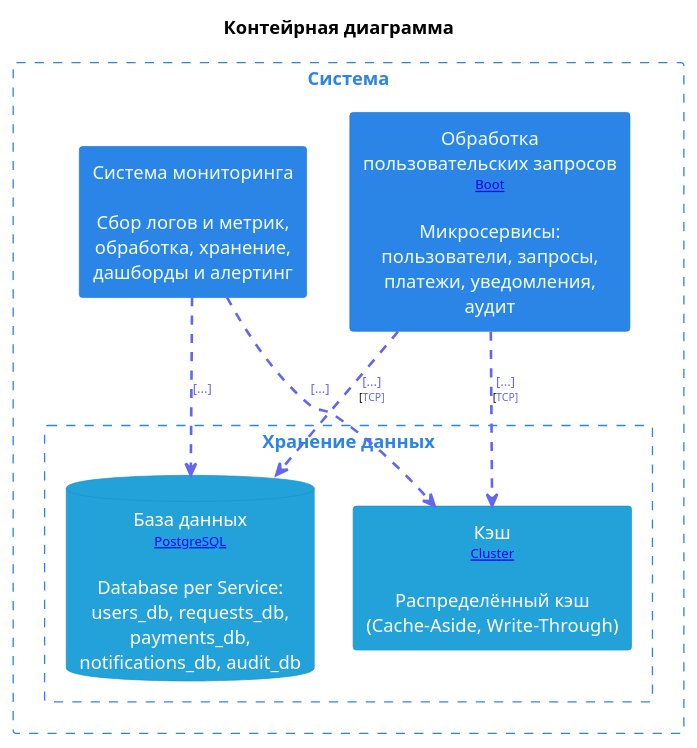
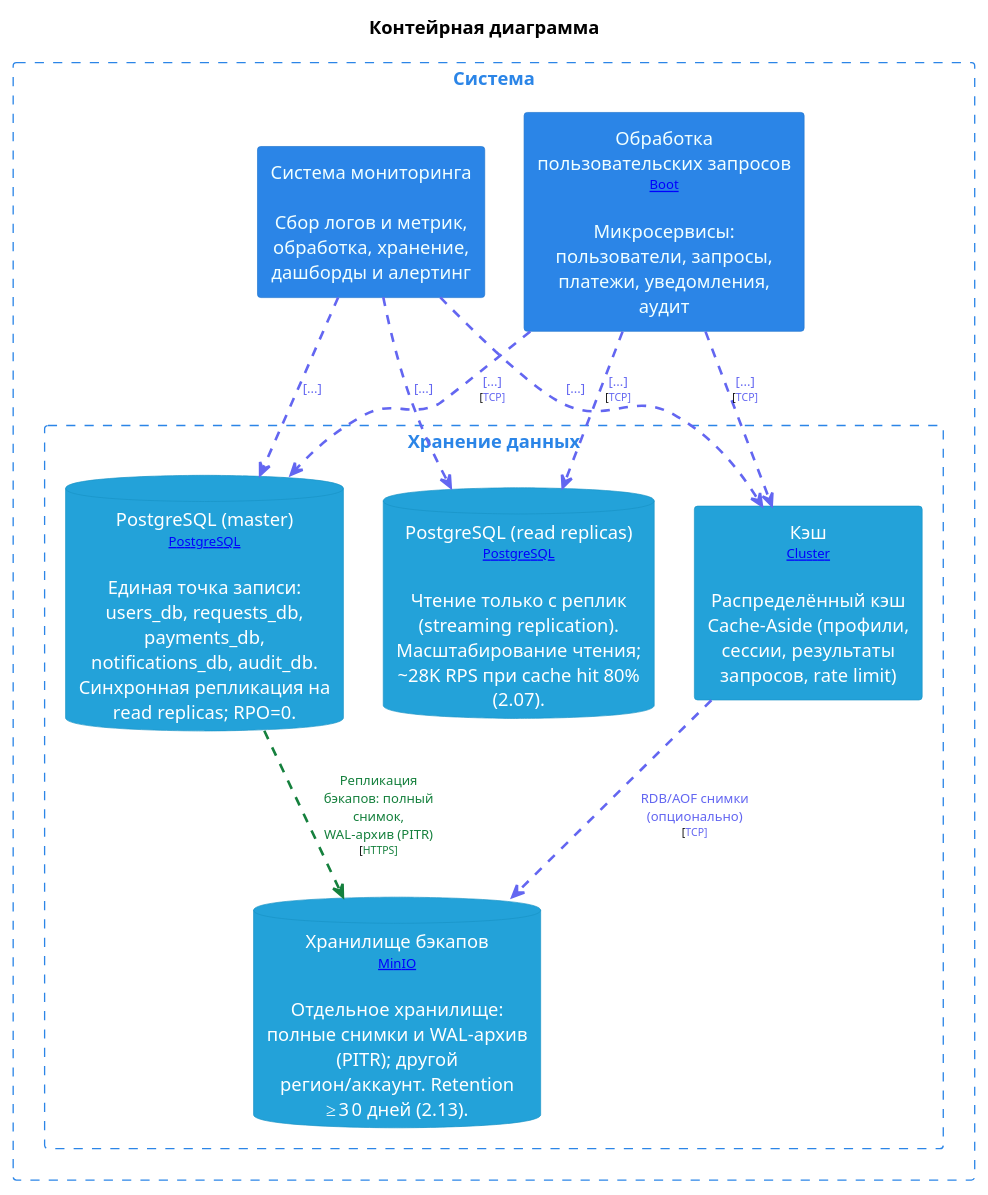
Before and after one commit to shelepovg/system-design-homework: the diagram in doc/схемы/db_container.puml, drawn with PlantUML. The commit also changed 7 other files, not shown here.

Commit message:
обновлены схемы и картинки

```diff
--- a/doc/схемы/db_container.puml
+++ b/doc/схемы/db_container.puml
@@ -1,57 +1,73 @@
 @startuml
 title "Контейрная диаграмма"
 top to bottom direction
 
 hide stereotype
 skinparam ranksep 60
 skinparam nodesep 30
 skinparam {
   arrowFontSize 10
   defaultTextAlignment center
   wrapWidth 200
   maxMessageSize 100
   shadowing false
 }
 
 skinparam rectangle<<SystemBackend>>{
   BackgroundColor #2b85e7
   FontColor #f1ffff
   BorderColor #1e73ce
 }
 skinparam rectangle<<SystemMonitoring>>{
   BackgroundColor #2b85e7
   FontColor #f1ffff
   BorderColor #1e73ce
 }
-skinparam database<<SystemStorageDatabase>>{
+skinparam database<<SystemStoragePostgresMaster>>{
+  BackgroundColor #23a2d9
+  FontColor #ffffff
+  BorderColor #1892c5
+}
+skinparam database<<SystemStoragePostgresReplicas>>{
   BackgroundColor #23a2d9
   FontColor #ffffff
   BorderColor #1892c5
 }
 skinparam rectangle<<SystemStorageCache>>{
+  BackgroundColor #23a2d9
+  FontColor #ffffff
+  BorderColor #1892c5
+}
+skinparam database<<SystemStorageBackupStorage>>{
   BackgroundColor #23a2d9
   FontColor #ffffff
   BorderColor #1892c5
 }
 rectangle "Система" <<System>> as System {
   skinparam RectangleBorderColor<<System>> #2b85e7
   skinparam RectangleFontColor<<System>> #2b85e7
   skinparam RectangleBorderStyle<<System>> dashed
 
   rectangle "Обработка пользовательских запросов\n<size:10>[[Spring Boot]]</size>\n\nМикросервисы: пользователи, запросы, платежи, уведомления, аудит" <<SystemBackend>> as SystemBackend
   rectangle "Система мониторинга\n\nСбор логов и метрик, обработка, хранение, дашборды и алертинг" <<SystemMonitoring>> as SystemMonitoring
   rectangle "Хранение данных" <<SystemStorage>> as SystemStorage {
     skinparam RectangleBorderColor<<SystemStorage>> #2b85e7
     skinparam RectangleFontColor<<SystemStorage>> #2b85e7
     skinparam RectangleBorderStyle<<SystemStorage>> dashed
 
-    database "База данных\n<size:10>[[PostgreSQL]]</size>\n\nDatabase per Service: users_db, requests_db, payments_db, notifications_db, audit_db" <<SystemStorageDatabase>> as SystemStorageDatabase
-    rectangle "Кэш\n<size:10>[[Redis Cluster]]</size>\n\nРаспределённый кэш (Cache-Aside, Write-Through)" <<SystemStorageCache>> as SystemStorageCache
+    database "PostgreSQL (master)\n<size:10>[[PostgreSQL]]</size>\n\nЕдиная точка записи: users_db, requests_db, payments_db, notifications_db, audit_db. Синхронная репликация на read replicas; RPO=0." <<SystemStoragePostgresMaster>> as SystemStoragePostgresMaster
+    database "PostgreSQL (read replicas)\n<size:10>[[PostgreSQL]]</size>\n\nЧтение только с реплик (streaming replication). Масштабирование чтения; ~28K RPS при cache hit 80% (2.07)." <<SystemStoragePostgresReplicas>> as SystemStoragePostgresReplicas
+    rectangle "Кэш\n<size:10>[[Redis Cluster]]</size>\n\nРаспределённый кэш Cache-Aside (профили, сессии, результаты запросов, rate limit)" <<SystemStorageCache>> as SystemStorageCache
+    database "Хранилище бэкапов\n<size:10>[[MinIO]]</size>\n\nОтдельное хранилище: полные снимки и WAL-архив (PITR); другой регион/аккаунт. Retention ≥30 дней (2.13)." <<SystemStorageBackupStorage>> as SystemStorageBackupStorage
   }
 }
 
-SystemBackend .[#6366f1,thickness=2].> SystemStorageDatabase : <color:#6366f1>[...]\n<size:8>[<color:#6366f1>TCP]</size>
+SystemBackend .[#6366f1,thickness=2].> SystemStoragePostgresMaster : <color:#6366f1>[...]\n<size:8>[<color:#6366f1>TCP]</size>
+SystemBackend .[#6366f1,thickness=2].> SystemStoragePostgresReplicas : <color:#6366f1>[...]\n<size:8>[<color:#6366f1>TCP]</size>
 SystemBackend .[#6366f1,thickness=2].> SystemStorageCache : <color:#6366f1>[...]\n<size:8>[<color:#6366f1>TCP]</size>
-SystemMonitoring .[#6366f1,thickness=2].> SystemStorageDatabase : <color:#6366f1>[...]
+SystemMonitoring .[#6366f1,thickness=2].> SystemStoragePostgresMaster : <color:#6366f1>[...]
+SystemMonitoring .[#6366f1,thickness=2].> SystemStoragePostgresReplicas : <color:#6366f1>[...]
 SystemMonitoring .[#6366f1,thickness=2].> SystemStorageCache : <color:#6366f1>[...]
+SystemStoragePostgresMaster .[#15803d,thickness=2].> SystemStorageBackupStorage : <color:#15803d>Репликация бэкапов: полный снимок, \n<color:#15803d>WAL-архив (PITR)\n<size:8>[<color:#15803d>HTTPS]</size>
+SystemStorageCache .[#6366f1,thickness=2].> SystemStorageBackupStorage : <color:#6366f1>RDB/AOF снимки (опционально)\n<size:8>[<color:#6366f1>TCP]</size>
 @enduml
```
